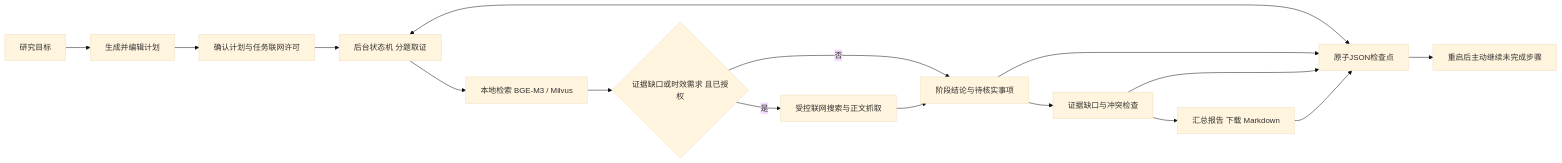
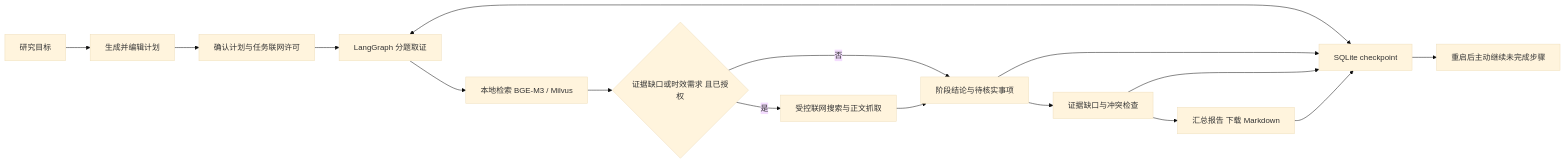
The diagram in docs/resume-project.md (Bot404NF/ai-research-agent-deepseek), drawn with Mermaid (base theme) before and after one commit. The commit also changed other lines of this file and 75 other files, not shown here.

Commit message:
整理工程目录并接入持久化研究图与完整会话存储

````diff
--- a/docs/resume-project.md
+++ b/docs/resume-project.md
@@ -46,18 +46,18 @@
 ```mermaid
 flowchart LR
   A[研究目标] --> B[生成并编辑计划]
   B --> C[确认计划与任务联网许可]
-  C --> D[后台状态机 分题取证]
+  C --> D[LangGraph 分题取证]
   D --> E[本地检索 BGE-M3 / Milvus]
   E --> F{证据缺口或时效需求 且已授权}
   F -->|是| G[受控联网搜索与正文抓取]
   F -->|否| H[阶段结论与待核实事项]
   G --> H
   H --> I[证据缺口与冲突检查]
   I --> J[汇总报告 下载 Markdown]
-  D <--> K[原子JSON检查点]
+  D <--> K[SQLite checkpoint]
   H --> K
   I --> K
   J --> K
   K --> L[重启后主动继续未完成步骤]
 ```
````
